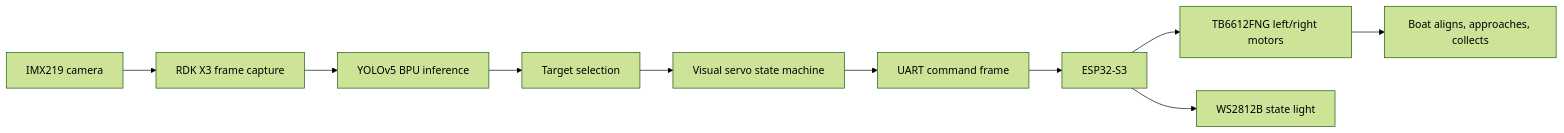
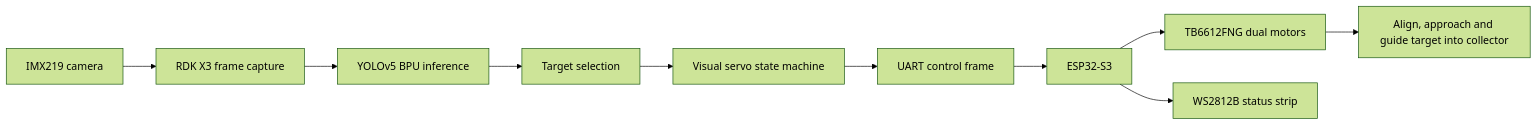
One commit to Wallaby-Wang/rdk-x3-ai-waste-collector-boat changed the diagram in README.md. Above: the diagram before and after it, drawn with Mermaid (forest theme). The commit also changed other lines of this file and 8 other files, not shown here.

````diff
--- a/README.md
+++ b/README.md
@@ -71,12 +23,12 @@
 ```mermaid
 flowchart LR
   A["IMX219 camera"] --> B["RDK X3 frame capture"]
   B --> C["YOLOv5 BPU inference"]
   C --> D["Target selection"]
   D --> E["Visual servo state machine"]
-  E --> F["UART command frame"]
+  E --> F["UART control frame"]
   F --> G["ESP32-S3"]
-  G --> H["TB6612FNG left/right motors"]
-  G --> I["WS2812B state light"]
-  H --> J["Boat aligns, approaches, collects"]
+  G --> H["TB6612FNG dual motors"]
+  G --> I["WS2812B status strip"]
+  H --> J["Align, approach and guide target into collector"]
 ```
````
